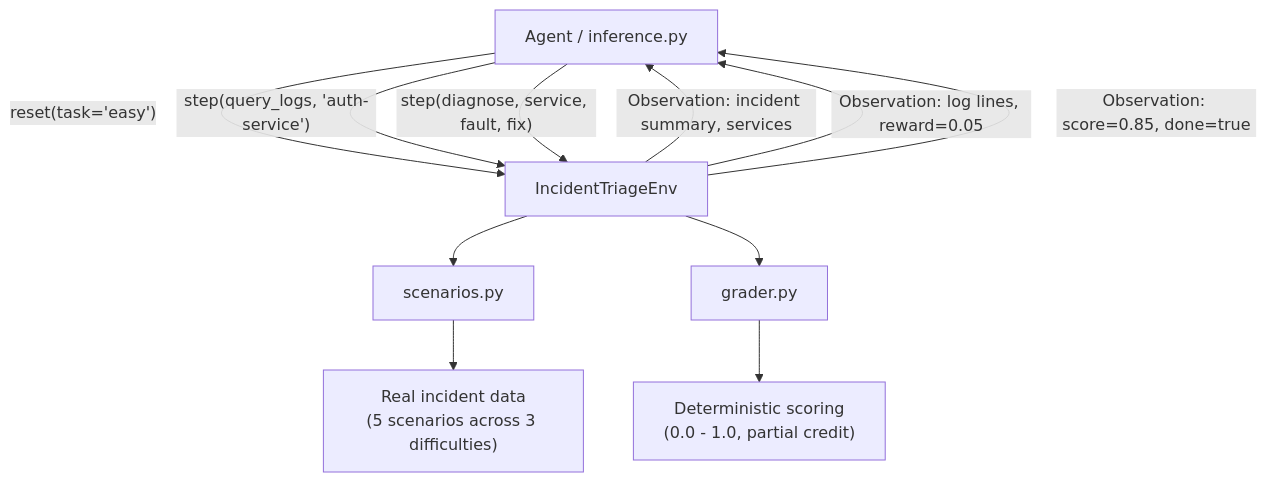
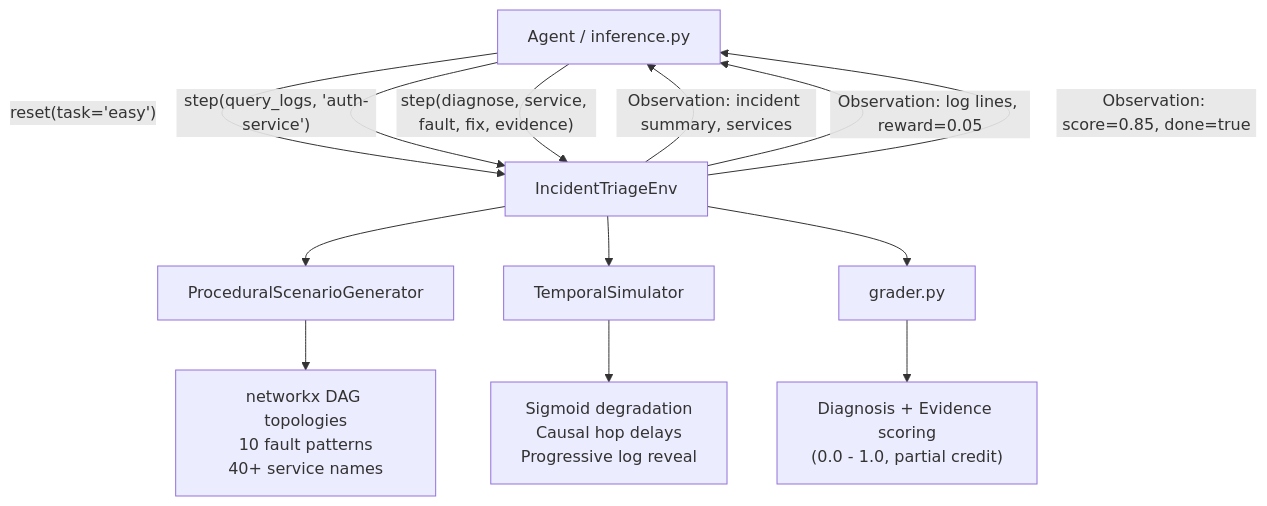
The first of 3 diagrams in README.md (wildcraft958/incident_triage_env), drawn with Mermaid before and after one commit. The commit also changed other lines of this file and 1 other file, not shown here.

Commit message:
Update inference prompt for temporal awareness, rewrite README for procedural architecture

````diff
--- a/README.md
+++ b/README.md
@@ -41,14 +34,16 @@
 ```mermaid
 graph TB
     A[Agent / inference.py] -->|"reset(task='easy')"| B[IncidentTriageEnv]
     B -->|Observation: incident summary, services| A
     A -->|"step(query_logs, 'auth-service')"| B
     B -->|"Observation: log lines, reward=0.05"| A
-    A -->|"step(diagnose, service, fault, fix)"| B
+    A -->|"step(diagnose, service, fault, fix, evidence)"| B
     B -->|"Observation: score=0.85, done=true"| A
 
-    B --> C[scenarios.py]
-    B --> D[grader.py]
-    C --> E["Real incident data\n(5 scenarios across 3 difficulties)"]
-    D --> F["Deterministic scoring\n(0.0 - 1.0, partial credit)"]
+    B --> C[ProceduralScenarioGenerator]
+    B --> D[TemporalSimulator]
+    B --> E[grader.py]
+    C --> F["networkx DAG topologies\n10 fault patterns\n40+ service names"]
+    D --> G["Sigmoid degradation\nCausal hop delays\nProgressive log reveal"]
+    E --> H["Diagnosis + Evidence scoring\n(0.0 - 1.0, partial credit)"]
 ```
````
